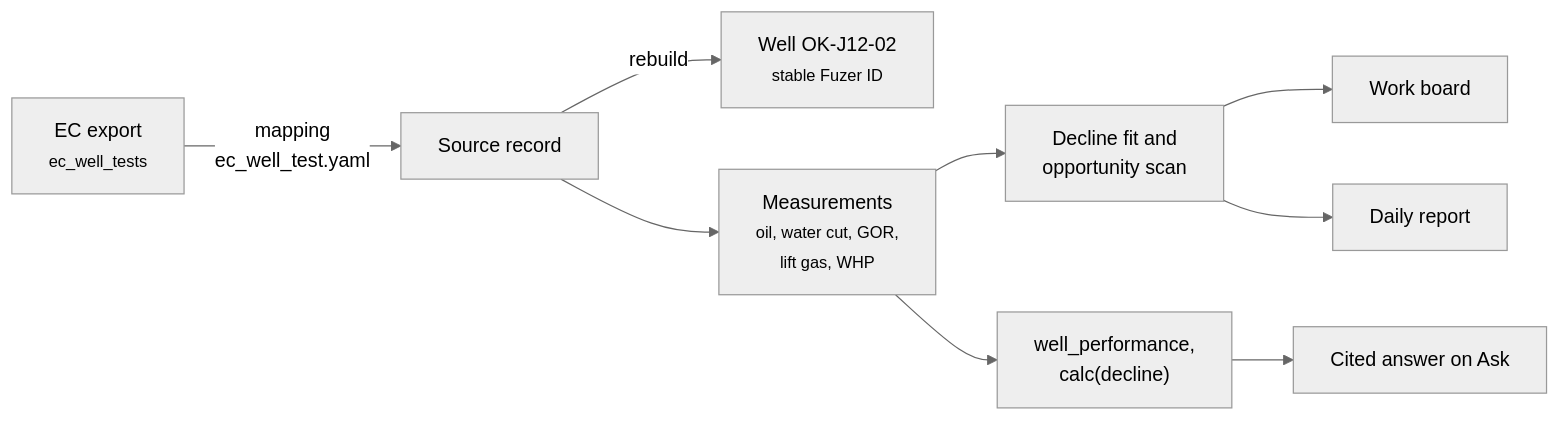
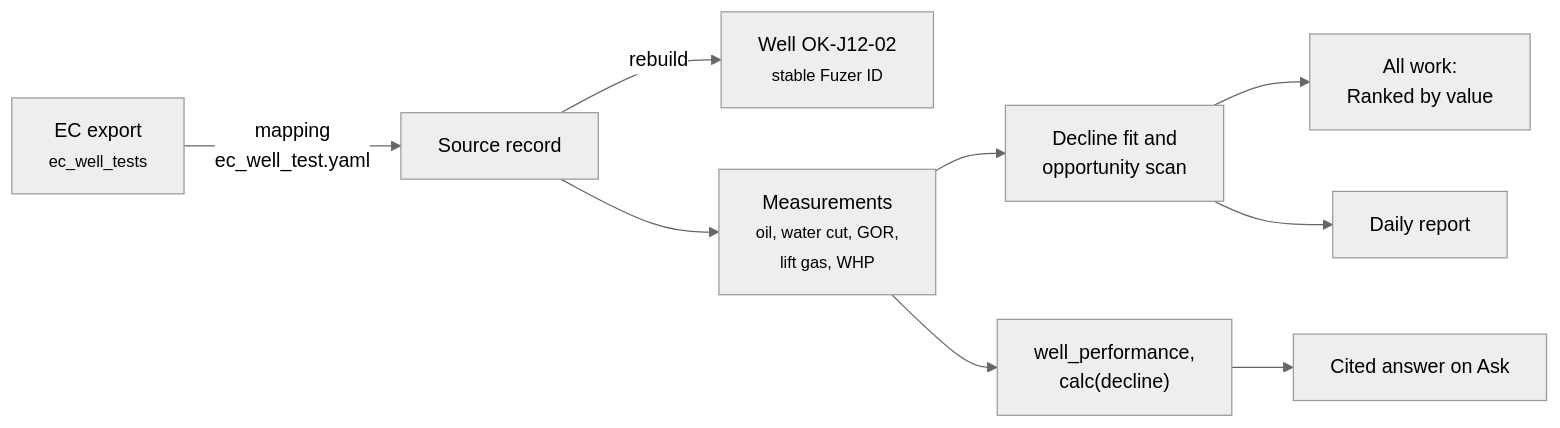
The diagram in docs/walkthrough.md (areed145/fuzer), drawn with Mermaid (neutral theme) before and after one commit. The commit also changed other lines of this file and 60 other files, not shown here.

````diff
--- a/docs/walkthrough.md
+++ b/docs/walkthrough.md
@@ -3,10 +3,10 @@
 ```mermaid
 flowchart LR
   ex["EC export<br><small>ec_well_tests</small>"] -->|mapping<br>ec_well_test.yaml| rec["Source record"]
   rec -->|rebuild| well["Well OK-J12-02<br><small>stable Fuzer ID</small>"]
   rec --> m["Measurements<br><small>oil, water cut, GOR,<br>lift gas, WHP</small>"]
   m --> calc["Decline fit and<br>opportunity scan"]
-  calc --> board["Work board"]
+  calc --> board["All work:<br>Ranked by value"]
   calc --> report["Daily report"]
   m --> tool["well_performance,<br>calc(decline)"] --> ans["Cited answer on Ask"]
 ```
````
